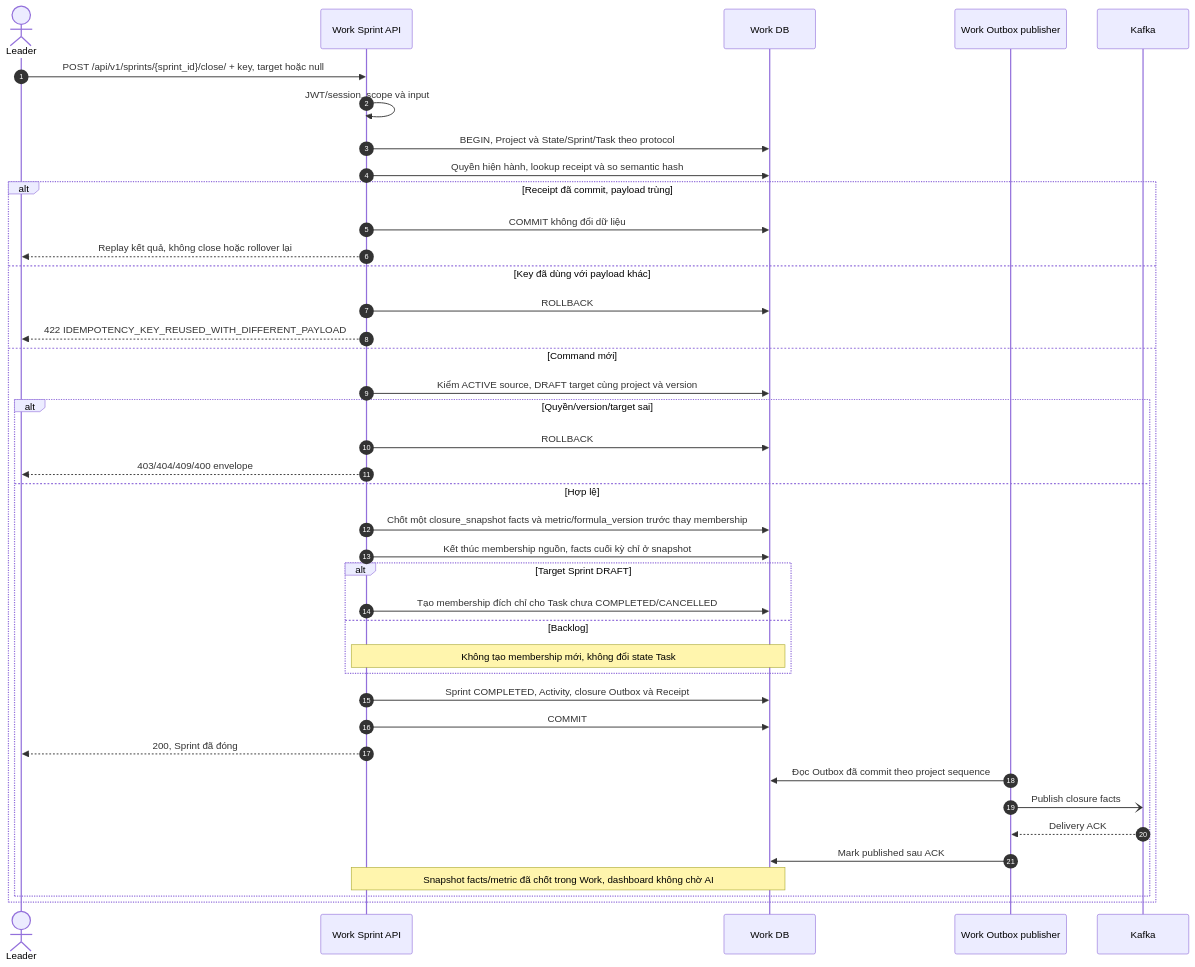
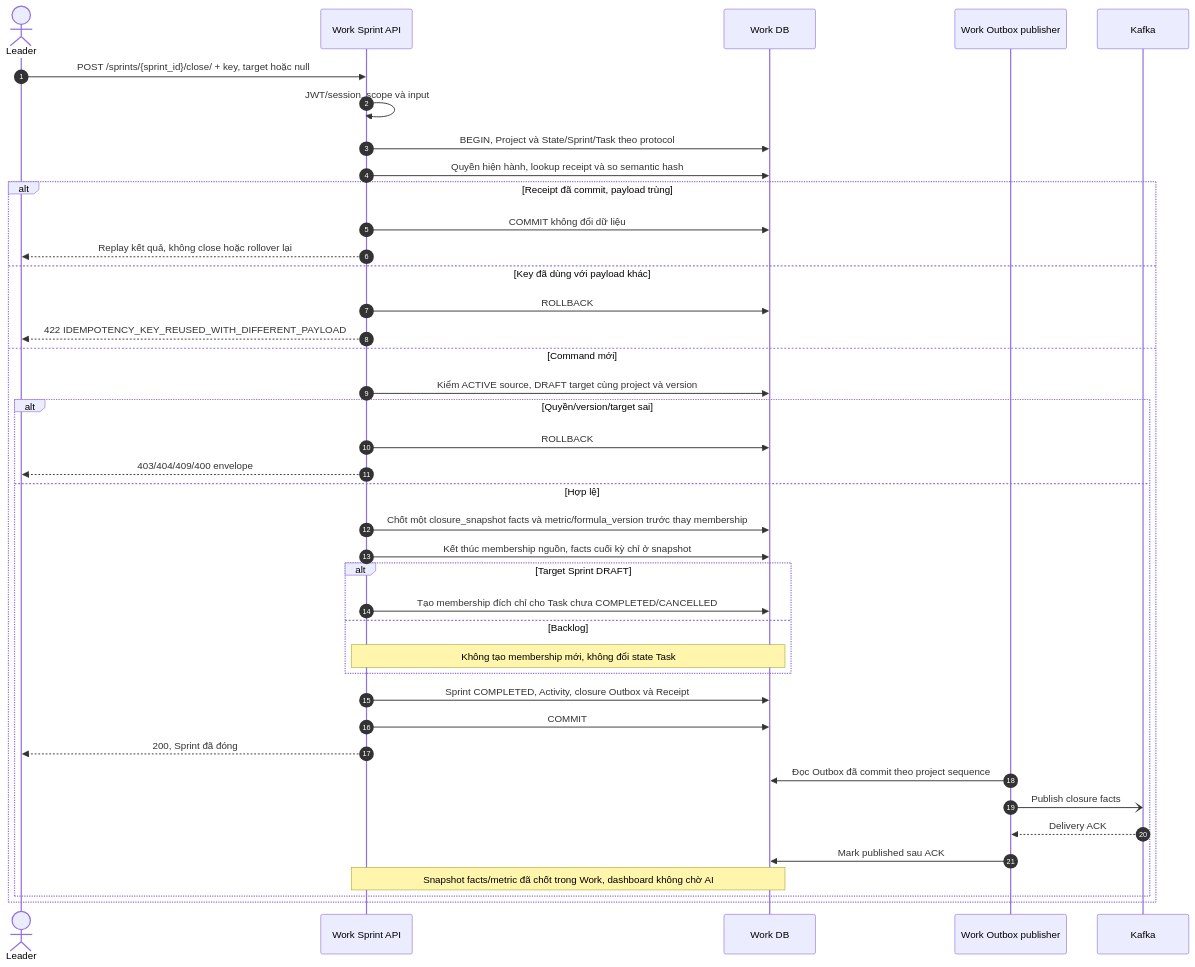
Before and after one commit to TriNguyenThanh/UTask: the fourth of 12 diagrams in docs/diagram/work-service/sequence.md, drawn with Mermaid. The commit also changed other lines of this file and 68 other files, not shown here.

````diff
--- a/docs/diagram/work-service/sequence.md
+++ b/docs/diagram/work-service/sequence.md
@@ -134,42 +134,42 @@
 ```mermaid
 sequenceDiagram
     autonumber
     actor L as Leader
     participant A as Work Sprint API
     participant D as Work DB
     participant Pub as Work Outbox publisher
     participant K as Kafka
-    L->>A: POST /api/v1/sprints/{sprint_id}/close/ + key, target hoặc null
+    L->>A: POST /sprints/{sprint_id}/close/ + key, target hoặc null
     A->>A: JWT/session, scope và input
     A->>D: BEGIN, Project và State/Sprint/Task theo protocol
     A->>D: Quyền hiện hành, lookup receipt và so semantic hash
     alt Receipt đã commit, payload trùng
         A->>D: COMMIT không đổi dữ liệu
         A-->>L: Replay kết quả, không close hoặc rollover lại
     else Key đã dùng với payload khác
         A->>D: ROLLBACK
         A-->>L: 422 IDEMPOTENCY_KEY_REUSED_WITH_DIFFERENT_PAYLOAD
     else Command mới
         A->>D: Kiểm ACTIVE source, DRAFT target cùng project và version
         alt Quyền/version/target sai
             A->>D: ROLLBACK
             A-->>L: 403/404/409/400 envelope
         else Hợp lệ
         A->>D: Chốt một closure_snapshot facts và metric/formula_version trước thay membership
         A->>D: Kết thúc membership nguồn, facts cuối kỳ chỉ ở snapshot
         alt Target Sprint DRAFT
             A->>D: Tạo membership đích chỉ cho Task chưa COMPLETED/CANCELLED
         else Backlog
             Note over A,D: Không tạo membership mới, không đổi state Task
         end
         A->>D: Sprint COMPLETED, Activity, closure Outbox và Receipt
         A->>D: COMMIT
         A-->>L: 200, Sprint đã đóng
         Pub->>D: Đọc Outbox đã commit theo project sequence
         Pub-)K: Publish closure facts
         K-->>Pub: Delivery ACK
         Pub->>D: Mark published sau ACK
         Note over A,D: Snapshot facts/metric đã chốt trong Work, dashboard không chờ AI
         end
     end
 ```
````
